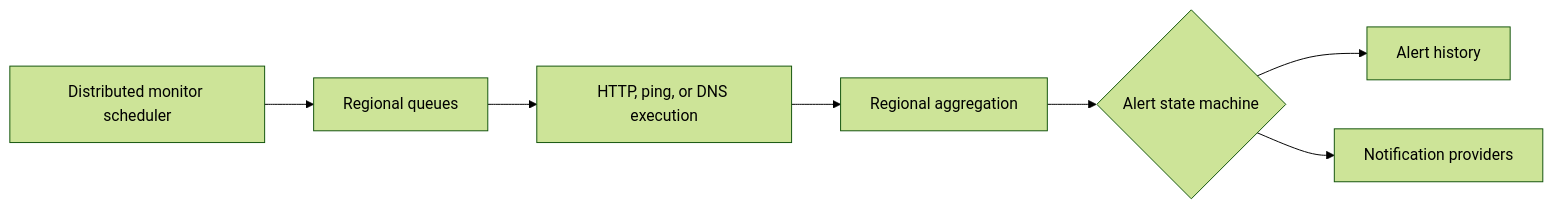
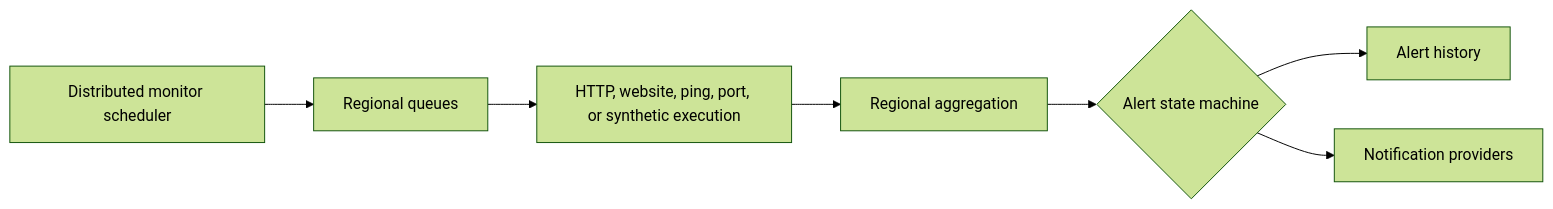
Before and after one commit to supercheck-io/supercheck: the diagram in .agents/skills/monitoring-alerts/SKILL.md, drawn with Mermaid (forest theme). The commit also changed other lines of this file and 8 other files, not shown here.

````diff
--- a/.agents/skills/monitoring-alerts/SKILL.md
+++ b/.agents/skills/monitoring-alerts/SKILL.md
@@ -8,9 +8,9 @@
 ```mermaid
 flowchart LR
   SCHED[Distributed monitor scheduler] --> Q[Regional queues]
-  Q --> CHECK[HTTP, ping, or DNS execution]
+  Q --> CHECK[HTTP, website, ping, port, or synthetic execution]
   CHECK --> AGG[Regional aggregation]
   AGG --> STATE{Alert state machine}
   STATE --> HIST[Alert history]
   STATE --> NOTIFY[Notification providers]
 ```
````
